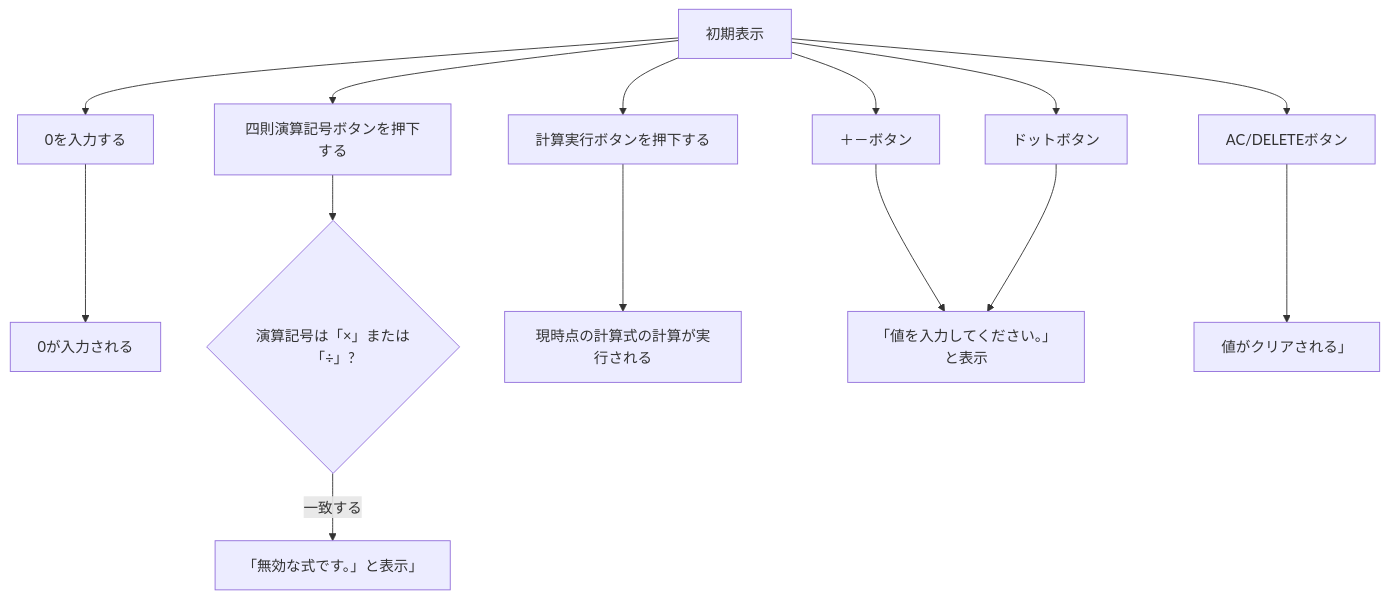
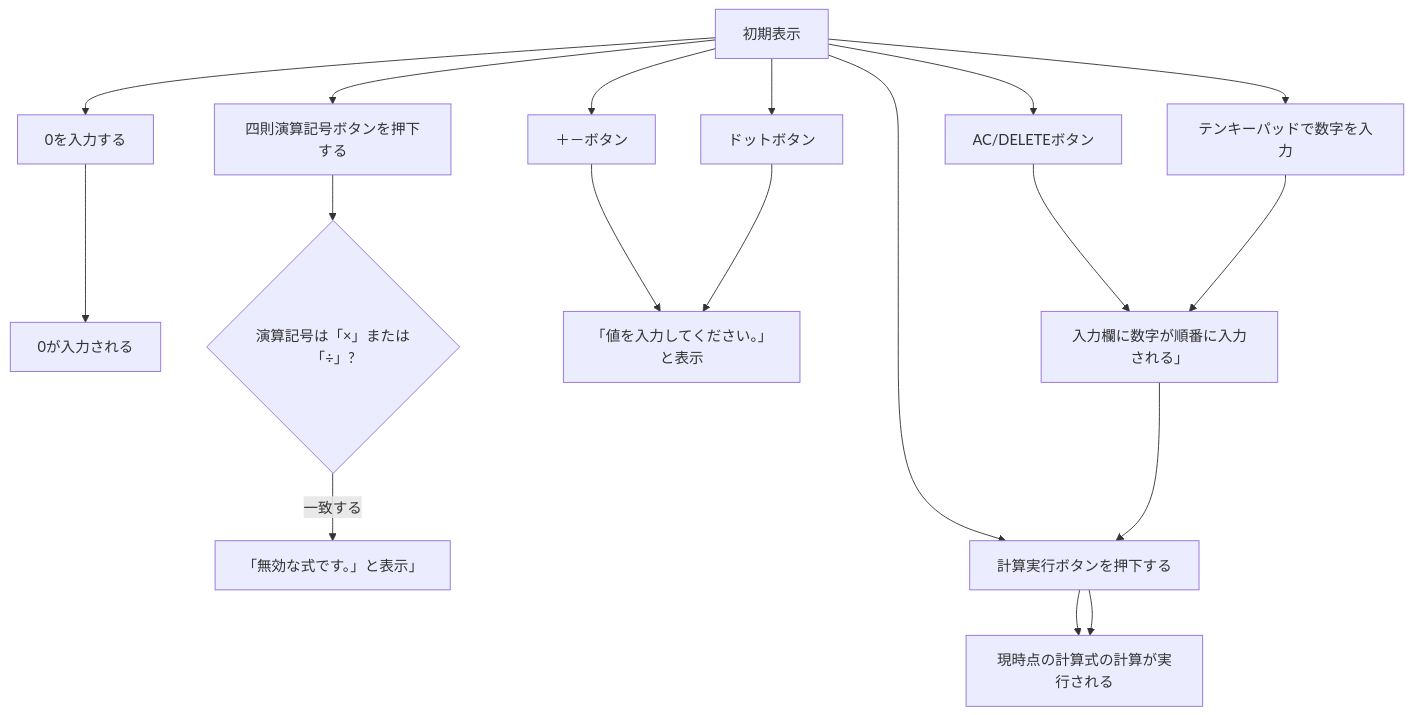
One commit to N3question/jsp-servlet-calculator changed the diagram in 基本設計書.md. Above: the diagram before and after it, drawn with Mermaid.

````diff
--- a/基本設計書.md
+++ b/基本設計書.md
@@ -50,10 +50,11 @@
 ```mermaid
 flowchart TB
     A[初期表示] --> B[0を入力する] --> C[0が入力される]
     A[初期表示] --> D[四則演算記号ボタンを押下する] -->
     E{演算記号は「×」または「÷」?} -- 一致する --> F[「無効な式です。」と表示」]
     A[初期表示] --> G[計算実行ボタンを押下する] --> H[現時点の計算式の計算が実行される]
     A[初期表示] --> I[＋－ボタン] --> J[「値を入力してください。」と表示]
     A[初期表示] --> K[ドットボタン] --> J[「値を入力してください。」と表示]
     A[初期表示] --> L[AC/DELETEボタン] --> M[値がクリアされる」]
+    A[初期表示] --> N[テンキーパッドで数字を入力] --> M[入力欄に数字が順番に入力される」] --> G[計算実行ボタンを押下する] --> H[現時点の計算式の計算が実行される]
 ```
````
